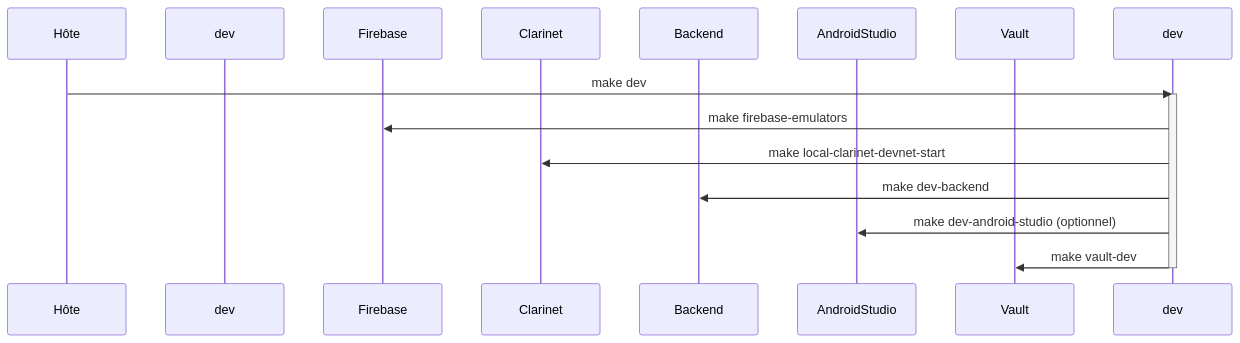
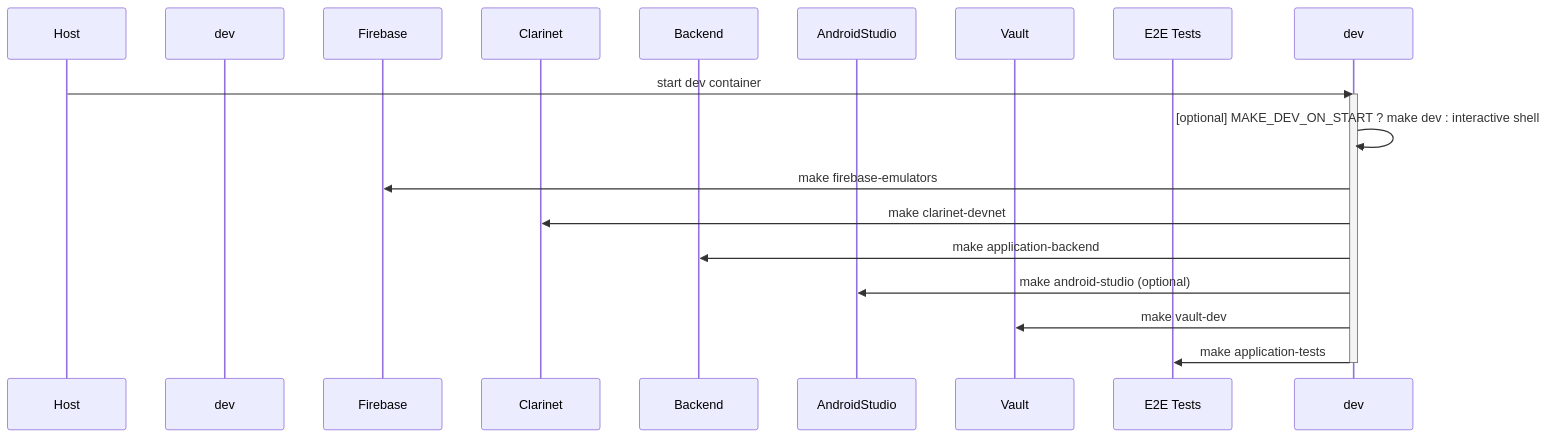
The second of 2 diagrams in README.fr.md (vegito-app/local), drawn with Mermaid before and after one commit. The commit also changed other lines of this file and 2 other files, not shown here.

First line of the commit message:
docs(readme): refactor startup sequence and architecture information

````diff
--- a/README.fr.md
+++ b/README.fr.md
@@ -35,19 +59,22 @@
 ```mermaid
 sequenceDiagram
-  participant Hôte
+  participant Host
   participant DevContainer as dev
   participant Firebase
   participant Clarinet
   participant Backend
   participant AndroidStudio
   participant Vault
+  participant E2E Tests
 
-  Hôte->>dev: make dev
+  Host->>dev: start dev container
   activate dev
+  dev->>dev: [optional] MAKE_DEV_ON_START ? make dev : interactive shell
   dev->>Firebase: make firebase-emulators
-  dev->>Clarinet: make local-clarinet-devnet-start
-  dev->>Backend: make dev-backend
-  dev->>AndroidStudio: make dev-android-studio (optionnel)
+  dev->>Clarinet: make clarinet-devnet
+  dev->>Backend: make application-backend
+  dev->>AndroidStudio: make android-studio (optional)
   dev->>Vault: make vault-dev
+  dev->>E2E Tests: make application-tests
   deactivate dev
 ```
````
